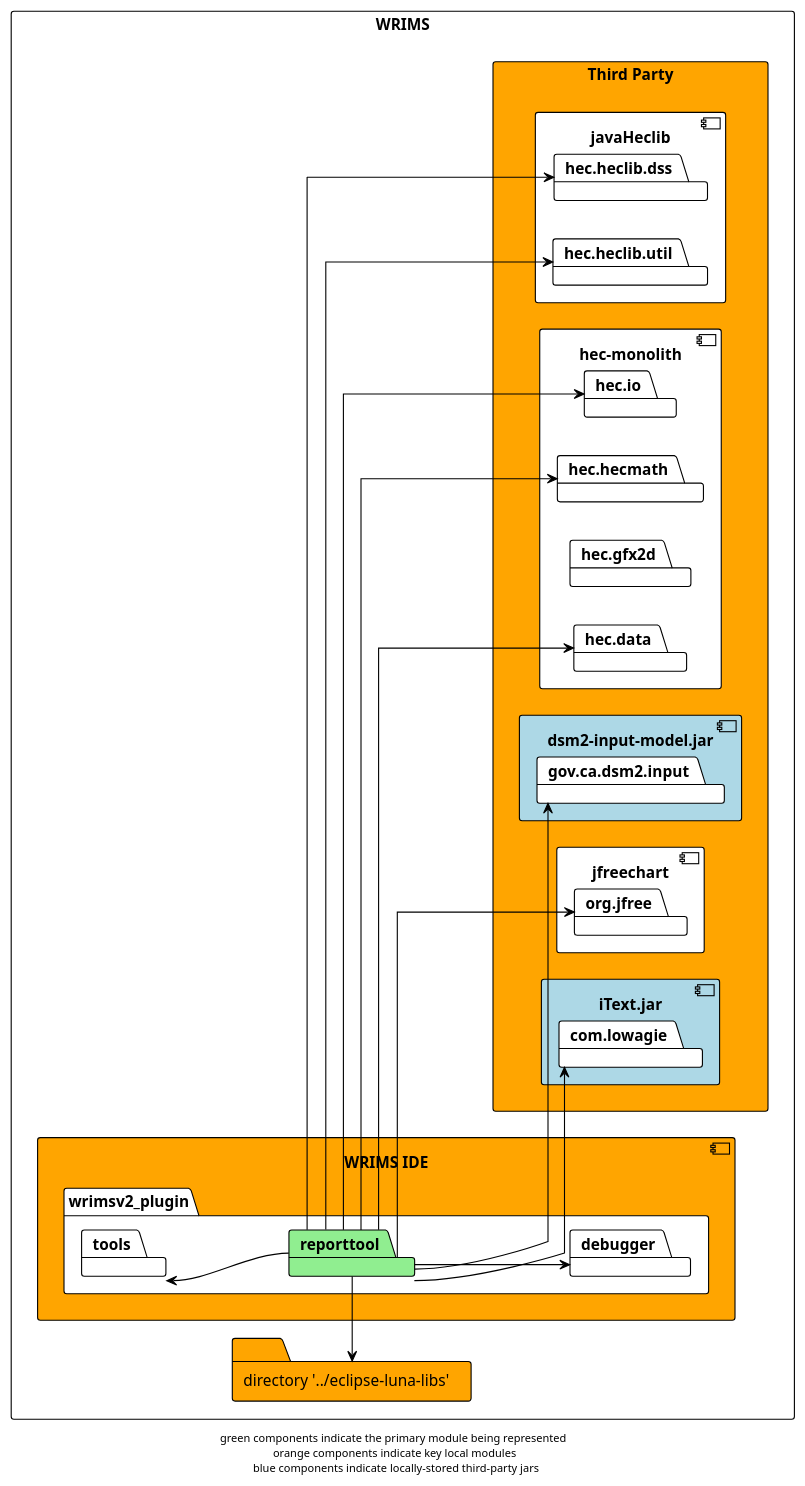
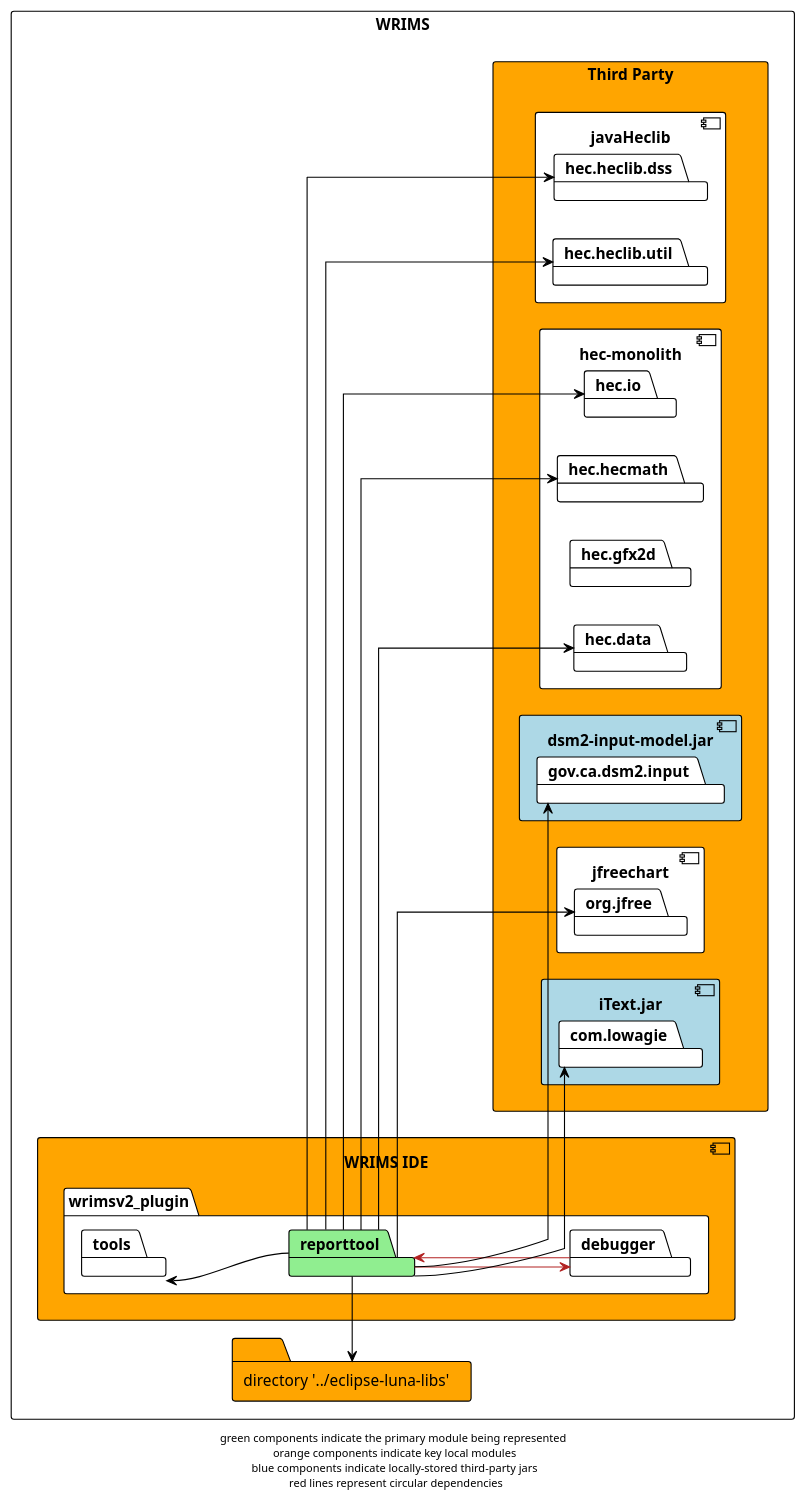
Before and after one commit to CentralValleyModeling/wrims: the diagram in docs/diagrams/wrims-ide/wrims-ide_reporttool.plantuml, drawn with PlantUML. The commit also changed 11 other files, not shown here.

Commit message:
Updated dependency diagrams, updated generation script

```diff
--- a/docs/diagrams/wrims-ide/wrims-ide_reporttool.plantuml
+++ b/docs/diagrams/wrims-ide/wrims-ide_reporttool.plantuml
@@ -1,54 +1,56 @@
 @startuml
 
 !theme plain
 left to right direction
 skinparam linetype ortho
 
 rectangle WRIMS {
     component wrims-ide as "WRIMS IDE" #orange {
         package wrimsv2_plugin {
             package reporttool #lightgreen
             package tools
             package debugger
         }
     }
 
     rectangle third-party as "Third Party" #orange {
         component javaHeclib {
             package hec.heclib.dss
             package hec.heclib.util
         }
         component hec.monolith as "hec-monolith" {
             package hec.io
             package hec.hecmath
             package hec.gfx2d
             package hec.data
         }
         component dsm2 as "dsm2-input-model.jar" #lightblue {
             package gov.ca.dsm2.input
         }
         component jfreechart {
             package org.jfree
         }
         component iText.jar #lightblue {
             package com.lowagie
         }
     }
 
     folder luna_libs as "directory '../eclipse-luna-libs'" #orange
 }
 
 reporttool -> luna_libs
 reporttool --> hec.data
 reporttool --> hec.heclib.dss
 reporttool --> hec.heclib.util
 reporttool --> hec.io
 reporttool --> hec.hecmath
-reporttool --> debugger
+reporttool --> debugger #firebrick
 reporttool -up-> tools
 reporttool --> gov.ca.dsm2.input
 reporttool --> org.jfree
 reporttool --> com.lowagie
 
-footer "green components indicate the primary module being represented \n orange components indicate key local modules \n blue components indicate locally-stored third-party jars"
+debugger -> reporttool #firebrick
+
+footer "green components indicate the primary module being represented \n orange components indicate key local modules \n blue components indicate locally-stored third-party jars \n red lines represent circular dependencies"
 @enduml
```
